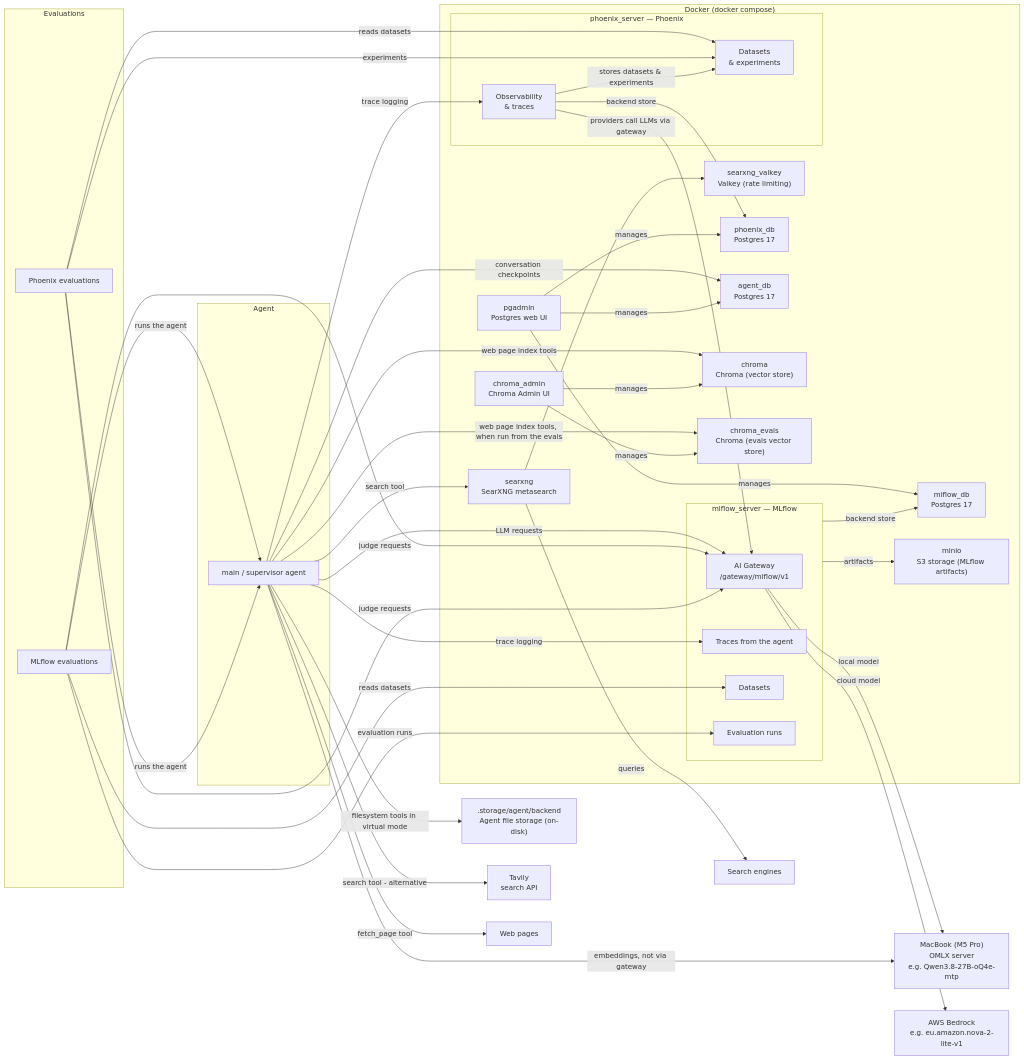
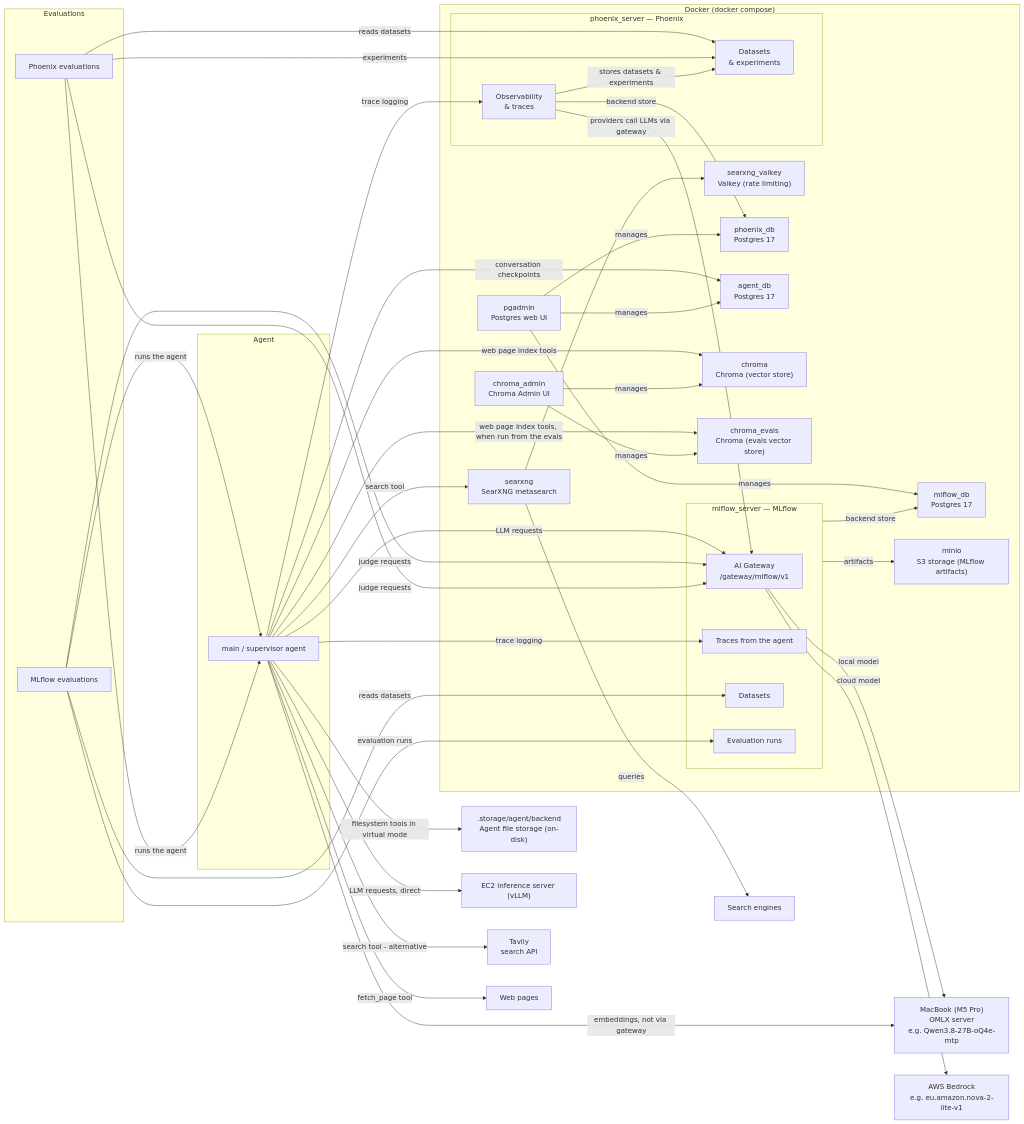
Before and after one commit to codiply/tech-market-researcher: the first of 5 diagrams in documentation/design.md, drawn with Mermaid. The commit also changed other lines of this file and 5 other files, not shown here.

First line of the commit message:
Add EC2 inference server as a direct model provider

````diff
--- a/documentation/design.md
+++ b/documentation/design.md
@@ -5,76 +5,78 @@
 ```mermaid
 flowchart LR
     subgraph agent["Agent"]
         main["main / supervisor agent"]
     end
 
     subgraph evals["Evaluations"]
         mlflow_evals["MLflow evaluations"]
         phoenix_evals["Phoenix evaluations"]
     end
 
     subgraph docker["Docker (docker compose)"]
         subgraph mlflow_box["mlflow_server — MLflow"]
             gateway["AI Gateway<br/>/gateway/mlflow/v1"]
             traces["Traces from the agent"]
             datasets["Datasets"]
             eval_runs["Evaluation runs"]
         end
         mlflow_db["mlflow_db<br/>Postgres 17"]
         searxng["searxng<br/>SearXNG metasearch"]
         valkey["searxng_valkey<br/>Valkey (rate limiting)"]
         minio["minio<br/>S3 storage (MLflow artifacts)"]
         pgadmin["pgadmin<br/>Postgres web UI"]
         subgraph phoenix_box["phoenix_server — Phoenix"]
             phoenix_server["Observability<br/>& traces"]
             phoenix_datasets["Datasets<br/>& experiments"]
         end
         phoenix_db["phoenix_db<br/>Postgres 17"]
         agent_db["agent_db<br/>Postgres 17"]
         chroma["chroma<br/>Chroma (vector store)"]
         chroma_evals["chroma_evals<br/>Chroma (evals vector store)"]
         chroma_admin["chroma_admin<br/>Chroma Admin UI"]
     end
 
     agent_fs[".storage/agent/backend<br/>Agent file storage (on-disk)"]
 
     macbook["MacBook (M5 Pro)<br/>OMLX server<br/>e.g. Qwen3.8-27B-oQ4e-mtp"]
     aws["AWS Bedrock<br/>e.g. eu.amazon.nova-2-lite-v1"]
+    ec2["EC2 inference server (vLLM)"]
     tavily["Tavily<br/>search API"]
     engines["Search engines"]
     web["Web pages"]
 
     main -->|LLM requests| gateway
     main -->|trace logging| traces
     main -->|trace logging| phoenix_server
     main -->|search tool| searxng
     main -->|search tool - alternative| tavily
     main -->|fetch_page tool| web
     main -->|web page index tools| chroma
     main -->|web page index tools, when run from the evals| chroma_evals
     main -->|filesystem tools in virtual mode| agent_fs
     main -->|embeddings, not via gateway| macbook
+    main -->|LLM requests, direct| ec2
     main -->|conversation checkpoints| agent_db
     mlflow_evals -->|runs the agent| main
     mlflow_evals -->|judge requests| gateway
     mlflow_evals -->|reads datasets| datasets
     mlflow_evals -->|evaluation runs| eval_runs
     phoenix_evals -->|runs the agent| main
     phoenix_evals -->|judge requests| gateway
     phoenix_evals -->|reads datasets| phoenix_datasets
     phoenix_evals -->|experiments| phoenix_datasets
     phoenix_server -->|stores datasets & experiments| phoenix_datasets
     phoenix_server -->|providers call LLMs via gateway| gateway
     gateway -->|local model| macbook
     gateway -->|cloud model| aws
     searxng -->|queries| engines
     searxng --> valkey
     mlflow_box -->|backend store| mlflow_db
     mlflow_box -->|artifacts| minio
     pgadmin -->|manages| mlflow_db
     phoenix_server -->|backend store| phoenix_db
     pgadmin -->|manages| phoenix_db
     pgadmin -->|manages| agent_db
     chroma_admin -->|manages| chroma
     chroma_admin -->|manages| chroma_evals
 ```
````
